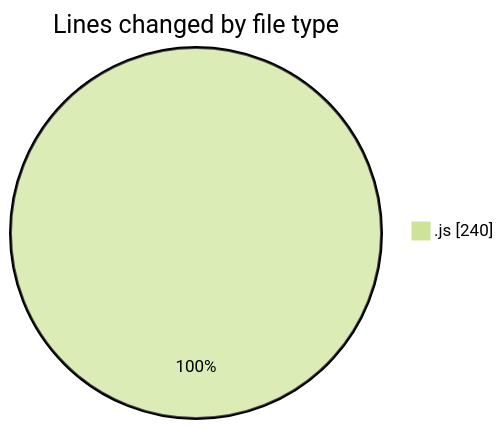
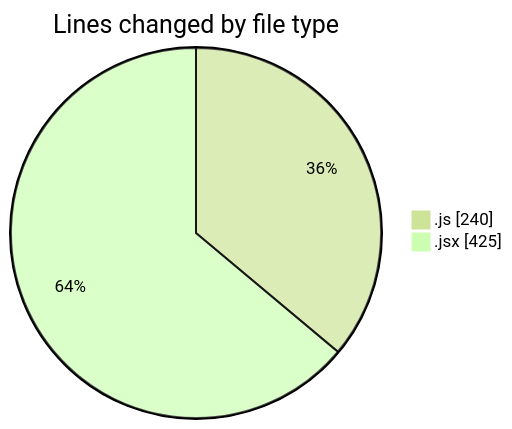
One commit to nxtqubesakshisongat/code-tracking changed the first of 2 diagrams in 2026-01-19/nxtqube_webapp/README.md. Above: the diagram before and after it, drawn with Mermaid (forest theme). The commit also changed other lines of this file and 1 other file, not shown here.

````diff
--- a/2026-01-19/nxtqube_webapp/README.md
+++ b/2026-01-19/nxtqube_webapp/README.md
@@ -21,5 +23,6 @@
 ```mermaid
 pie showData
 title Lines changed by file type
 ".js" : 240
+".jsx" : 425
 ```
````
